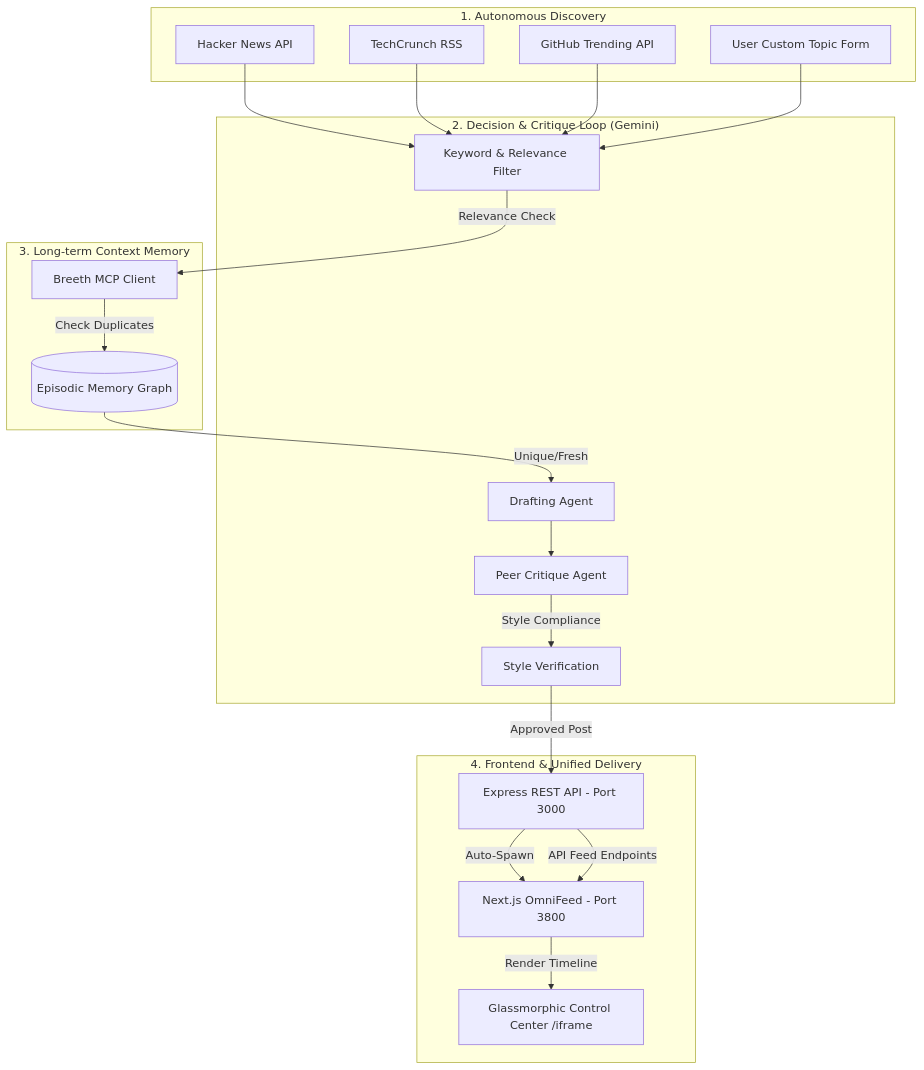
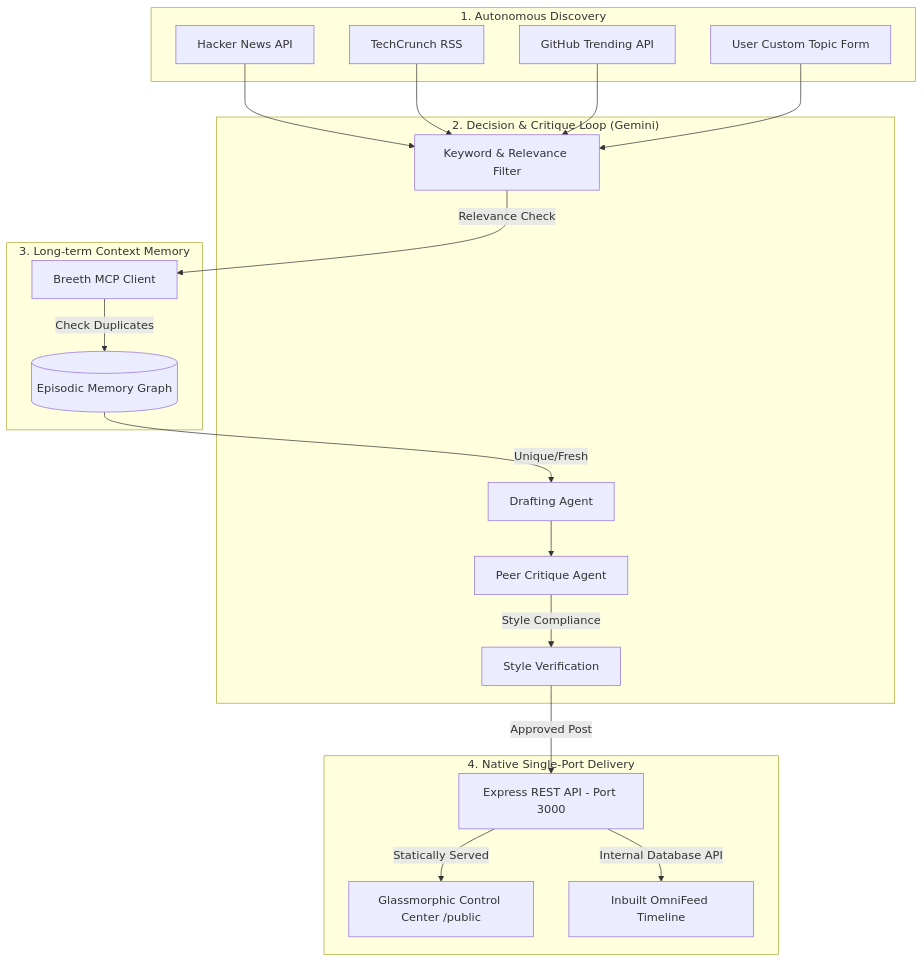
Before and after one commit to ShreeshaAnandPujar/OmniAgent-Autonomous-AI-ABTalks-ViCoDathon-: the diagram in README.md, drawn with Mermaid. The commit also changed other lines of this file and 1 other file, not shown here.

Commit message:
Update documentation and simplify Railway configuration for native single-port deployment

````diff
--- a/README.md
+++ b/README.md
@@ -27,45 +27,44 @@
 ```mermaid
 graph TD
     subgraph Discovery ["1. Autonomous Discovery"]
         HN[Hacker News API]
         TC[TechCrunch RSS]
         GH[GitHub Trending API]
         UI_Suggest[User Custom Topic Form]
     end
 
     subgraph Core ["2. Decision & Critique Loop (Gemini)"]
         Scout[Keyword & Relevance Filter]
         Draft[Drafting Agent]
         Critique[Peer Critique Agent]
         Verify[Style Verification]
     end
 
     subgraph Memory ["3. Long-term Context Memory"]
         MCP[Breeth MCP Client]
         MemGraph[(Episodic Memory Graph)]
     end
 
-    subgraph Delivery ["4. Frontend & Unified Delivery"]
+    subgraph Delivery ["4. Native Single-Port Delivery"]
         Express[Express REST API - Port 3000]
-        NextJS[Next.js OmniFeed - Port 3800]
-        Dashboard[Glassmorphic Control Center /iframe]
+        Dashboard[Glassmorphic Control Center /public]
+        OmniFeed[Inbuilt OmniFeed Timeline]
     end
 
     %% Flow connections
     HN --> Scout
     TC --> Scout
     GH --> Scout
     UI_Suggest --> Scout
 
     Scout -->|Relevance Check| MCP
     MCP -->|Check Duplicates| MemGraph
     MemGraph -->|Unique/Fresh| Draft
     
     Draft --> Critique
     Critique -->|Style Compliance| Verify
     Verify -->|Approved Post| Express
     
-    Express -->|Auto-Spawn| NextJS
-    Express -->|API Feed Endpoints| NextJS
-    NextJS -->|Render Timeline| Dashboard
+    Express -->|Statically Served| Dashboard
+    Express -->|Internal Database API| OmniFeed
 ```
````
